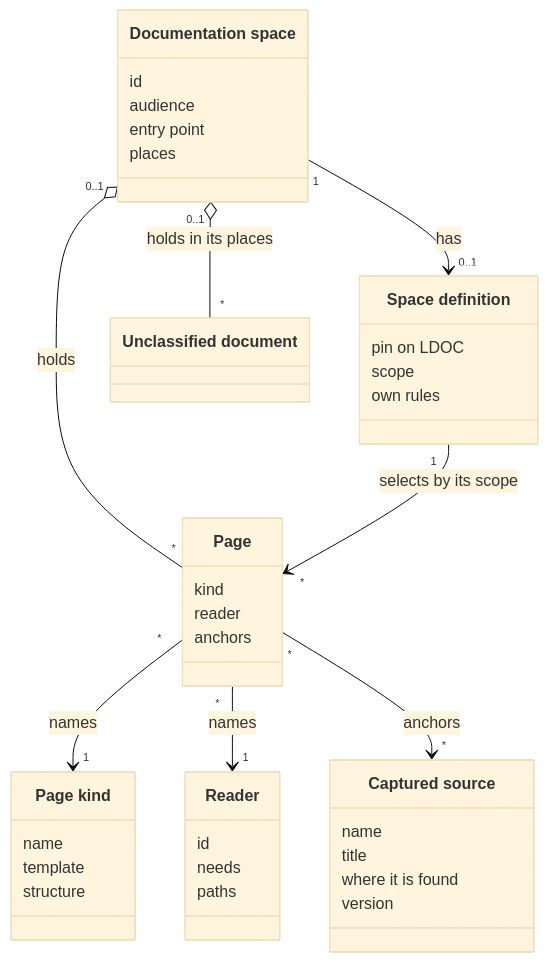
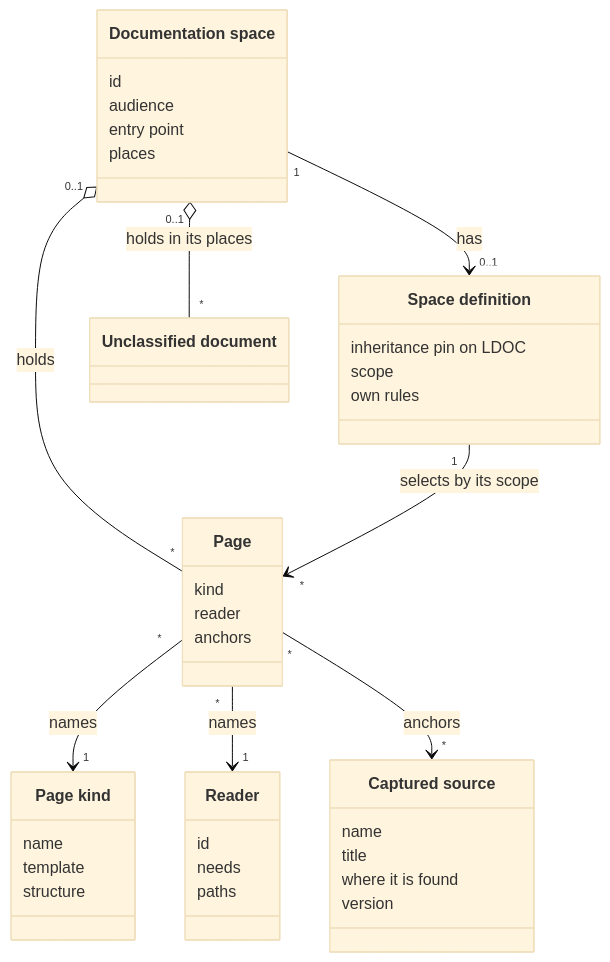
Before and after one commit to aleskalfas/project-kit: the first of 2 diagrams in tech-docs/analysis/living-docs/domain-model/010-spaces-and-pages.md, drawn with Mermaid (base theme). The commit also changed other lines of this file and 7 other files, not shown here.

````diff
--- a/tech-docs/analysis/living-docs/domain-model/010-spaces-and-pages.md
+++ b/tech-docs/analysis/living-docs/domain-model/010-spaces-and-pages.md
@@ -34,39 +34,39 @@
 ```mermaid
 classDiagram
   accTitle: Documentation spaces and pages
   accDescr: A documentation space has at most one space definition, and holds its pages and its unclassified documents. The definition's scope selects the space's pages. Each page names one page kind and one reader, and may anchor captured sources.
   class DocumentationSpace["Documentation space"]
   DocumentationSpace : id
   DocumentationSpace : audience
   DocumentationSpace : entry point
   DocumentationSpace : places
   class SpaceDefinition["Space definition"]
-  SpaceDefinition : pin on LDOC
+  SpaceDefinition : inheritance pin on LDOC
   SpaceDefinition : scope
   SpaceDefinition : own rules
   class Page
   Page : kind
   Page : reader
   Page : anchors
   class PageKind["Page kind"]
   PageKind : name
   PageKind : template
   PageKind : structure
   class Reader
   Reader : id
   Reader : needs
   Reader : paths
   class CapturedSource["Captured source"]
   CapturedSource : name
   CapturedSource : title
   CapturedSource : where it is found
   CapturedSource : version
   class UnclassifiedDocument["Unclassified document"]
   DocumentationSpace "1" --> "0..1" SpaceDefinition : has
   DocumentationSpace "0..1" o-- "*" Page : holds
   DocumentationSpace "0..1" o-- "*" UnclassifiedDocument : holds in its places
   SpaceDefinition "1" --> "*" Page : selects by its scope
   Page "*" --> "1" PageKind : names
   Page "*" --> "1" Reader : names
   Page "*" --> "*" CapturedSource : anchors
 ```
````
